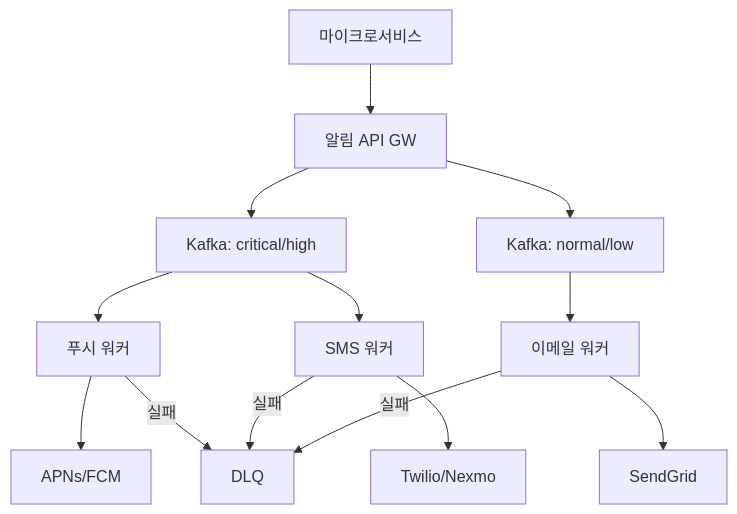
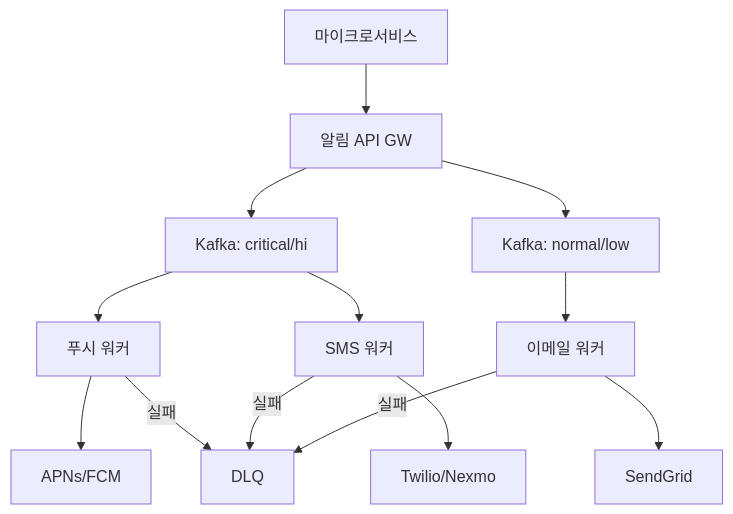
The first of 6 diagrams in _posts/systemdesign/2026-05-02-system-design-notification.md (yjkim2015/yjkim2015.github.io), drawn with Mermaid before and after one commit. The commit also changed other lines of this file and 271 other files, not shown here.

First line of the commit message:
Mermaid 라벨 축소: 긴 노드 텍스트 18자 이하로 트림 + \n 제거

````diff
--- a/_posts/systemdesign/2026-05-02-system-design-notification.md
+++ b/_posts/systemdesign/2026-05-02-system-design-notification.md
@@ -54,10 +54,10 @@
 ```mermaid
 graph TD
     Svc["마이크로서비스"] --> API["알림 API GW"]
-    API --> P0["Kafka: critical/high"]
+    API --> P0["Kafka: critical/hi"]
     API --> P2["Kafka: normal/low"]
     P0 --> Push["푸시 워커"] --> APNs["APNs/FCM"]
     P0 --> SMS["SMS 워커"] --> Twilio["Twilio/Nexmo"]
     P2 --> Email["이메일 워커"] --> SendGrid
     Push & SMS & Email -->|실패| DLQ
 ```
````
